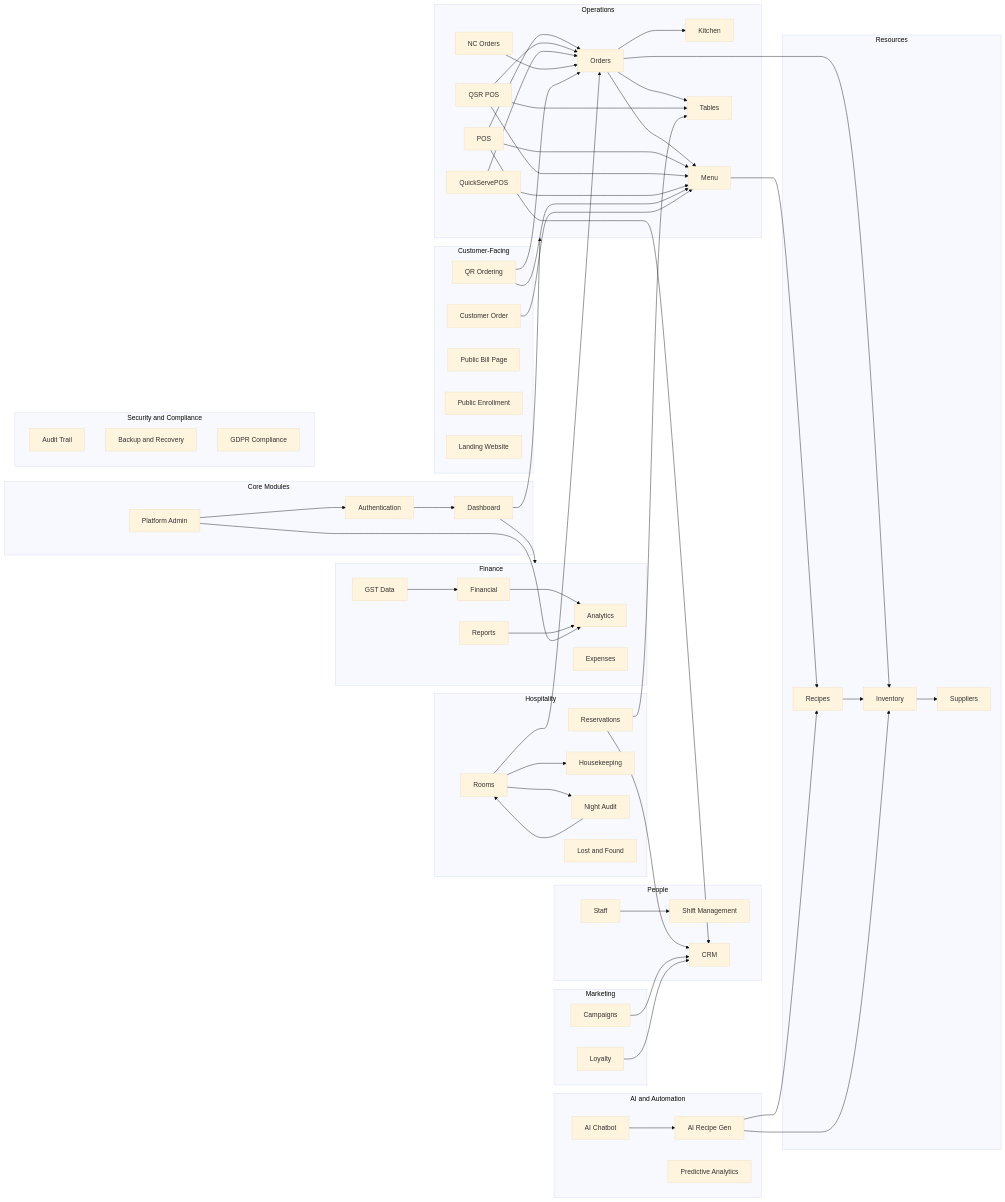
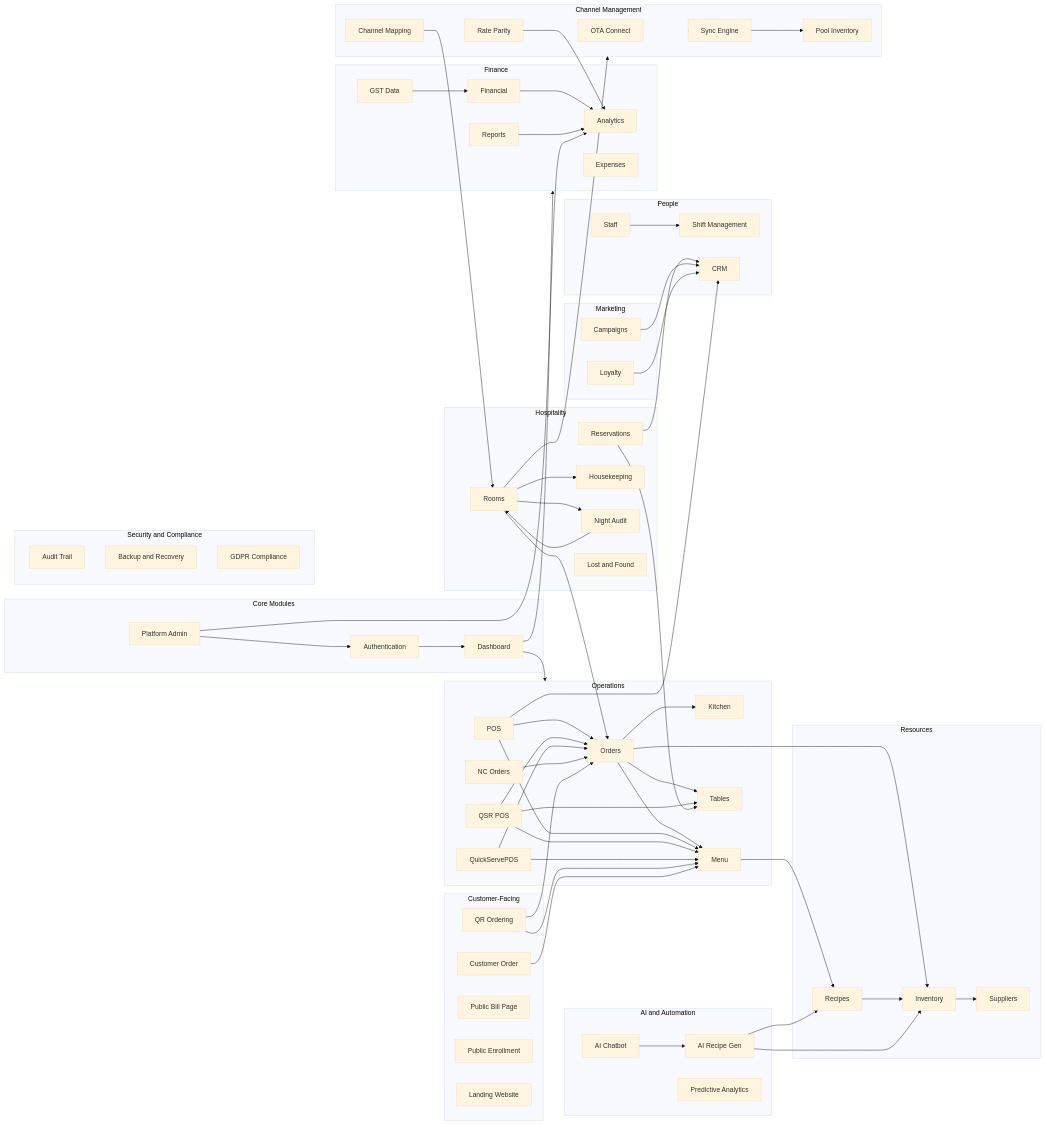
The third of 33 diagrams in docs/ARCHITECTURE_DEV.md (sudipjangam/tasty-bite-harbor), drawn with Mermaid (base theme) before and after one commit. The commit also changed other lines of this file and 2 other files, not shown here.

Commit message:
docs: Add initial documentation including OTA API credentials, architecture, and a developer guide.

````diff
--- a/docs/ARCHITECTURE_DEV.md
+++ b/docs/ARCHITECTURE_DEV.md
@@ -249,6 +249,14 @@
     subgraph Marketing["Marketing"]
         Campaigns[Campaigns]
         Loyalty[Loyalty]
+    end
+    
+    subgraph ChannelMgmt["Channel Management"]
+        OTAConnect[OTA Connect]
+        ChannelMapping[Channel Mapping]
+        RateParity[Rate Parity]
+        SyncEngine[Sync Engine]
+        PoolInventory[Pool Inventory]
     end
     
     subgraph CustomerFacing["Customer-Facing"]
@@ -325,4 +333,10 @@
     
     Platform --> Auth
     Platform --> Analytics
+    
+    Rooms --> ChannelMgmt
+    ChannelMgmt --> SyncEngine
+    SyncEngine --> PoolInventory
+    ChannelMapping --> Rooms
+    RateParity --> Analytics
 ```
````
